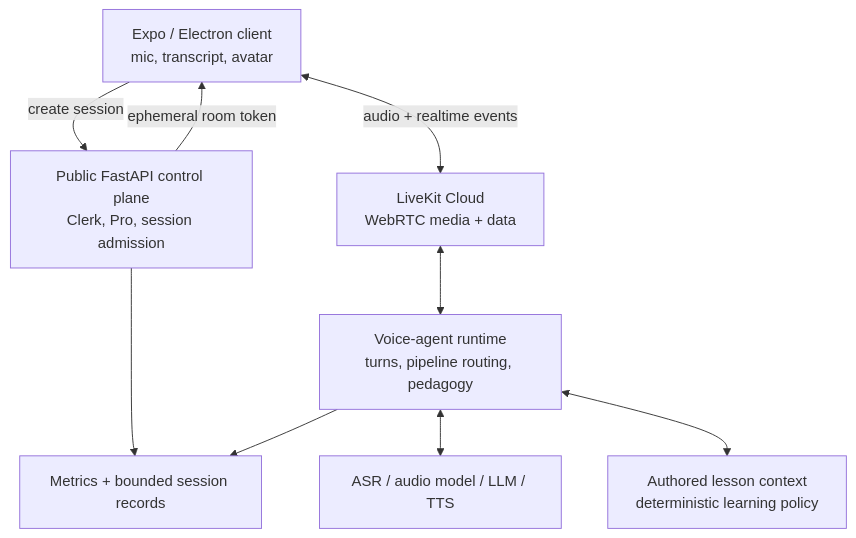
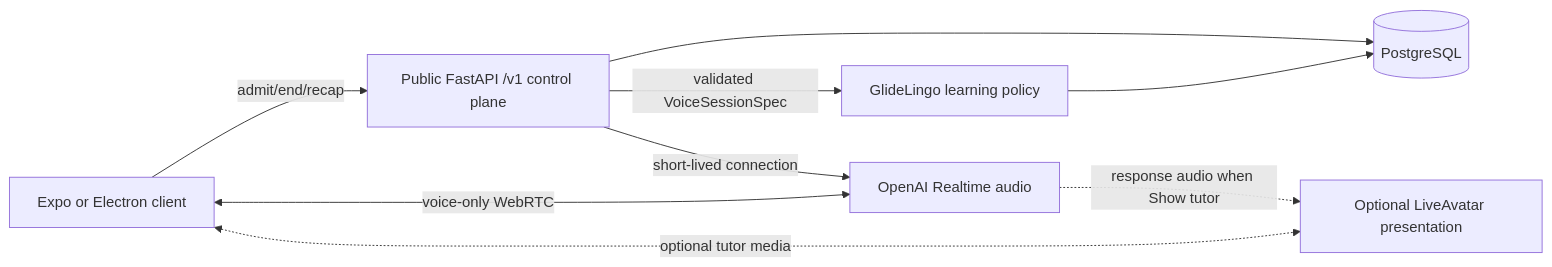
The diagram in docs/voice/VOICE-AVATAR-PLATFORM.md (StefanosCodes/GlideLingo), drawn with Mermaid before and after one commit. The commit also changed other lines of this file and 1 other file, not shown here.

Commit message:
docs: define realtime voice and optional tutor platform

````diff
--- a/docs/voice/VOICE-AVATAR-PLATFORM.md
+++ b/docs/voice/VOICE-AVATAR-PLATFORM.md
@@ -49,19 +108,18 @@
 ```mermaid
-flowchart TD
-  C["Expo / Electron client<br/>mic, transcript, avatar"]
-  A["Public FastAPI control plane<br/>Clerk, Pro, session admission"]
-  L["LiveKit Cloud<br/>WebRTC media + data"]
-  V["Voice-agent runtime<br/>turns, pipeline routing, pedagogy"]
-  P["ASR / audio model / LLM / TTS"]
-  T["Authored lesson context<br/>deterministic learning policy"]
-  O["Metrics + bounded session records"]
+flowchart LR
+  C[Expo or Electron client]
+  A[Public FastAPI /v1 control plane]
+  P[GlideLingo learning policy]
+  O[OpenAI Realtime audio]
+  L[Optional LiveAvatar presentation]
+  D[(PostgreSQL)]
 
-  C -->|"create session"| A
-  A -->|"ephemeral room token"| C
-  C <-->|"audio + realtime events"| L
-  L <--> V
-  V <--> P
-  V <--> T
-  A --> O
-  V --> O
+  C -->|admit/end/recap| A
+  A -->|validated VoiceSessionSpec| P
+  A -->|short-lived connection| O
+  C <-->|voice-only WebRTC| O
+  O -. response audio when Show tutor .-> L
+  C <-. optional tutor media .-> L
+  A --> D
+  P --> D
 ```
````
